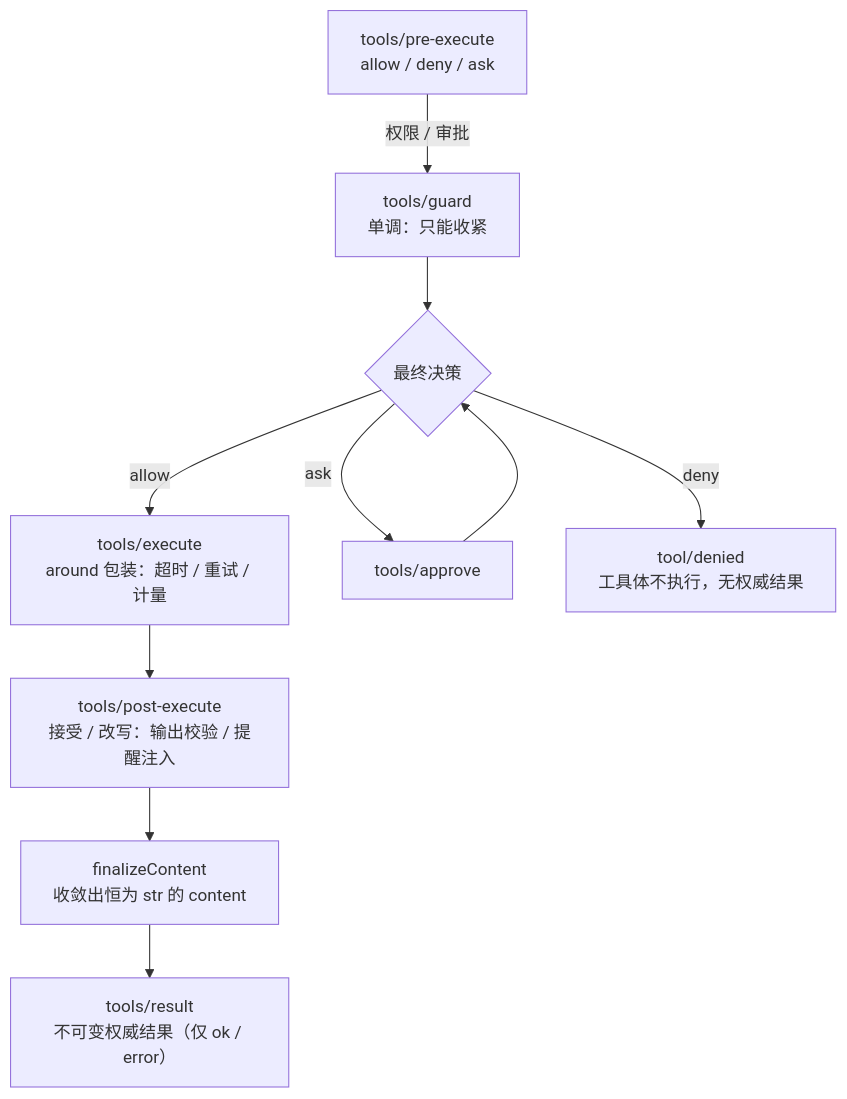
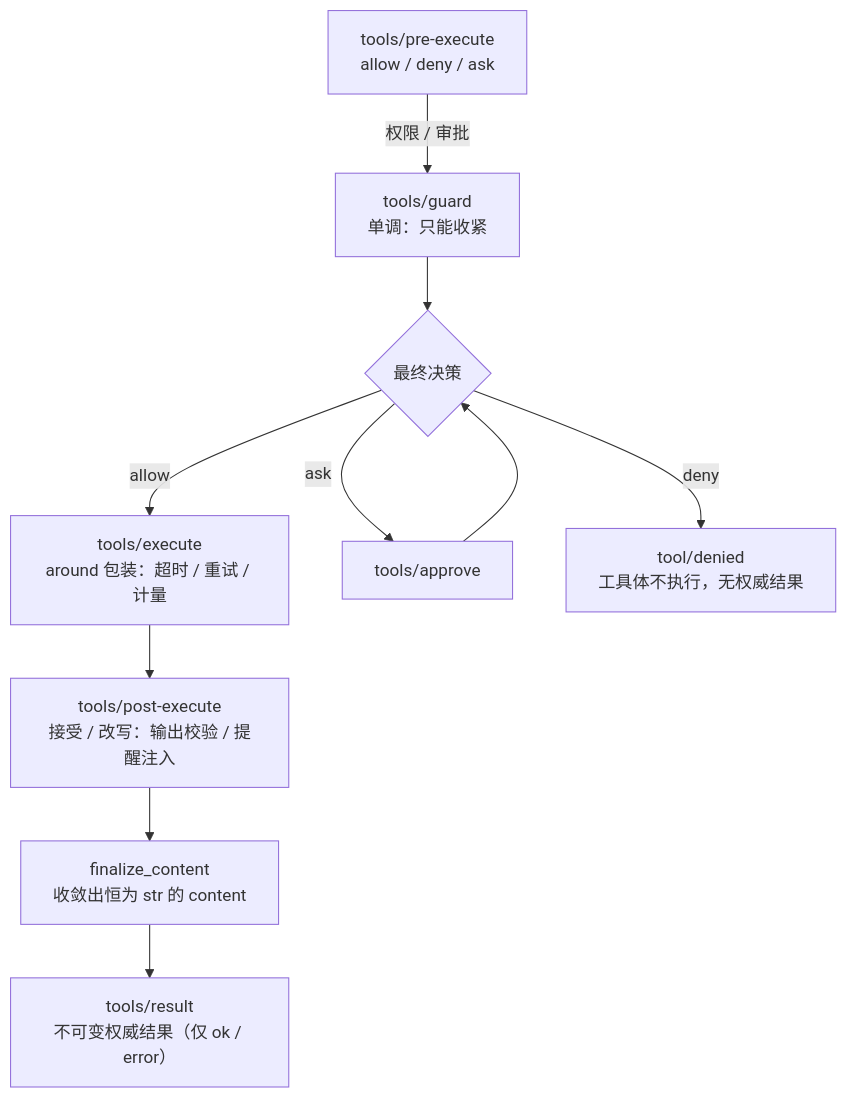
Before and after one commit to RebornL/MiniAgent: the first of 5 diagrams in docs/miniharness.md, drawn with Mermaid. The commit also changed other lines of this file and 25 other files, not shown here.

````diff
--- a/docs/miniharness.md
+++ b/docs/miniharness.md
@@ -23,12 +23,12 @@
 ```mermaid
 flowchart TB
     A["tools/pre-execute<br/>allow / deny / ask"] -->|"权限 / 审批"| B["tools/guard<br/>单调：只能收紧"]
     B --> C{"最终决策"}
     C -->|"allow"| D["tools/execute<br/>around 包装：超时 / 重试 / 计量"]
     C -->|"ask"| E["tools/approve"]
     E --> C
     C -->|"deny"| F["tool/denied<br/>工具体不执行，无权威结果"]
     D --> G["tools/post-execute<br/>接受 / 改写：输出校验 / 提醒注入"]
-    G --> H["finalizeContent<br/>收敛出恒为 str 的 content"]
+    G --> H["finalize_content<br/>收敛出恒为 str 的 content"]
     H --> I["tools/result<br/>不可变权威结果（仅 ok / error）"]
 ```
````
